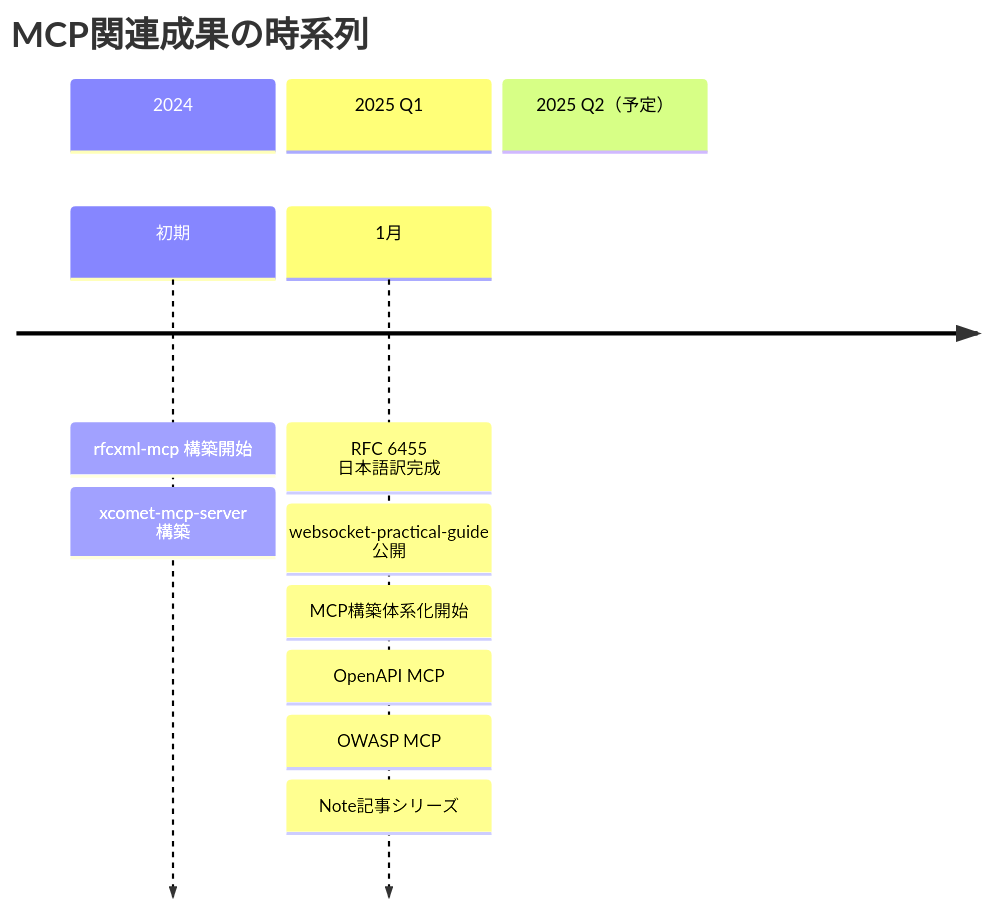
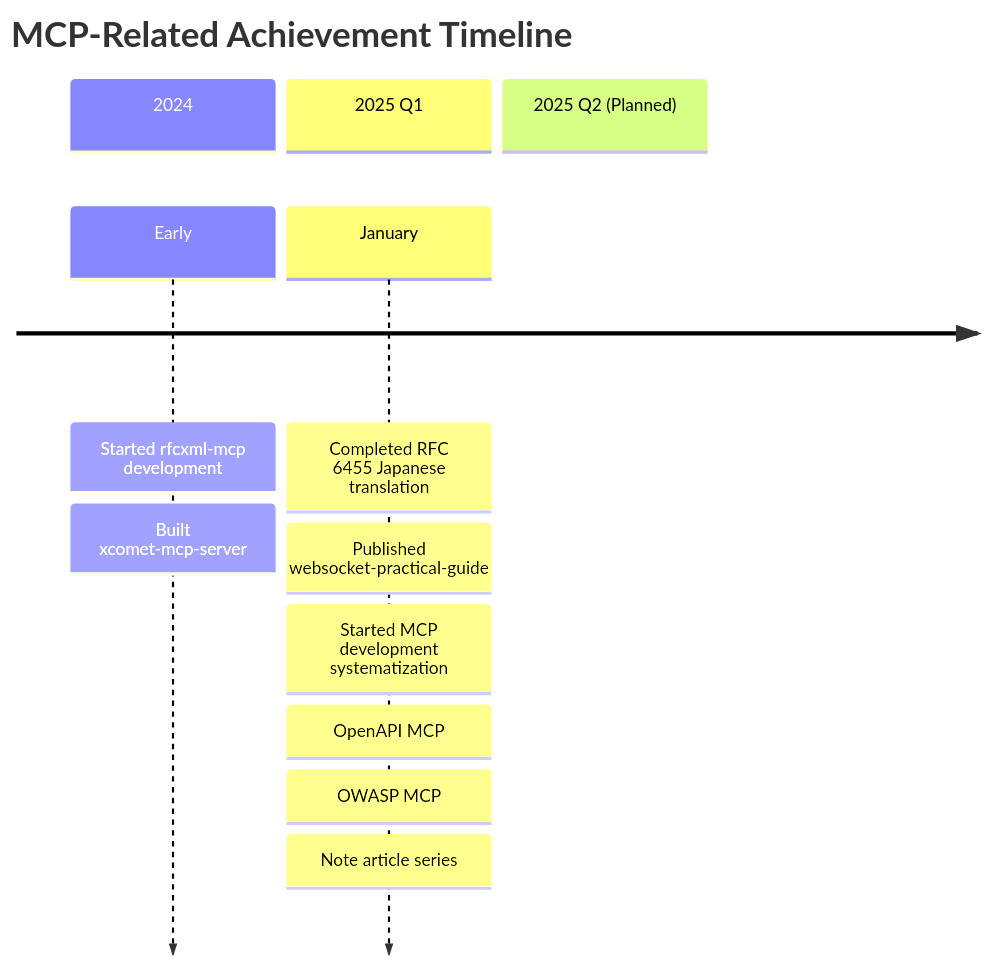
Before and after one commit to shuji-bonji/ai-agent-architecture: the third of 3 diagrams in docs/outputs.md, drawn with Mermaid. The commit also changed other lines of this file and 42 other files, not shown here.

````diff
--- a/docs/outputs.md
+++ b/docs/outputs.md
@@ -228,18 +230,18 @@
 ```mermaid
 timeline
-    title MCP関連成果の時系列
+    title MCP-Related Achievement Timeline
 
     section 2024
-        初期 : rfcxml-mcp 構築開始
-             : xcomet-mcp-server 構築
+        Early : Started rfcxml-mcp development
+             : Built xcomet-mcp-server
 
     section 2025 Q1
-        1月 : RFC 6455 日本語訳完成
-           : websocket-practical-guide 公開
-           : MCP構築体系化開始
+        January : Completed RFC 6455 Japanese translation
+               : Published websocket-practical-guide
+               : Started MCP development systematization
 
-    section 2025 Q2（予定）
+    section 2025 Q2 (Planned)
         : OpenAPI MCP
         : OWASP MCP
-        : Note記事シリーズ
+        : Note article series
 ```
````
